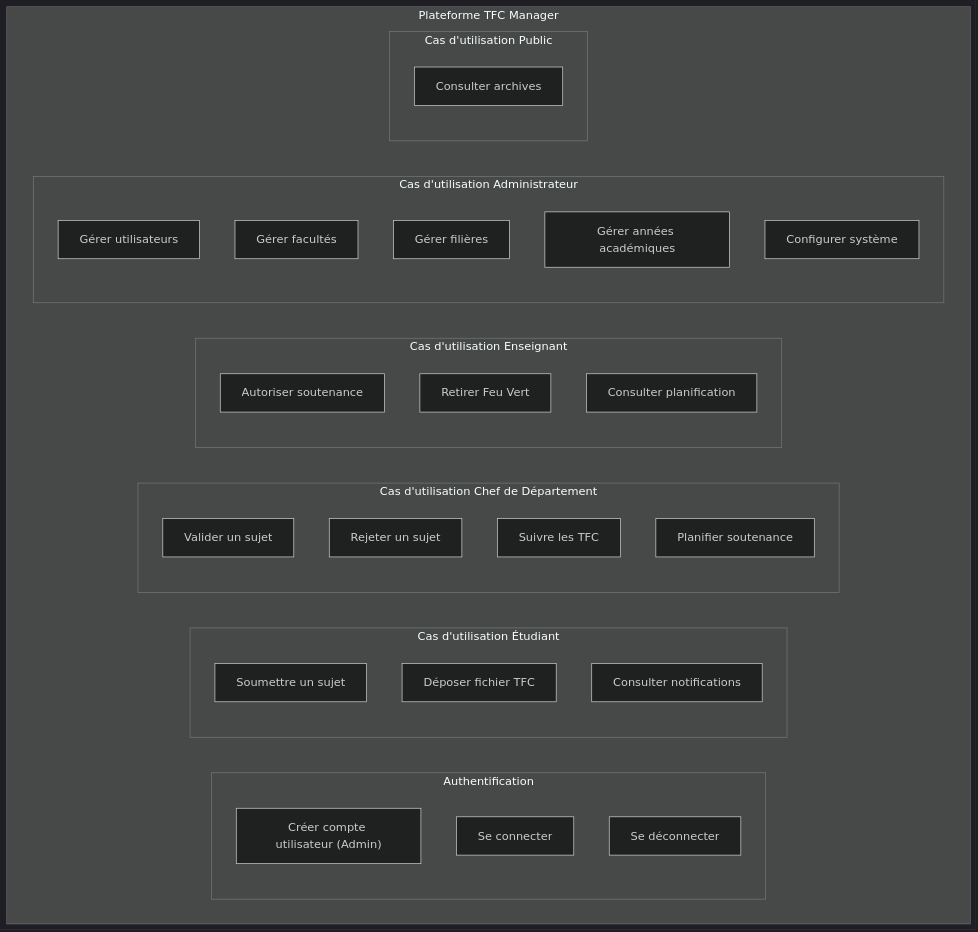
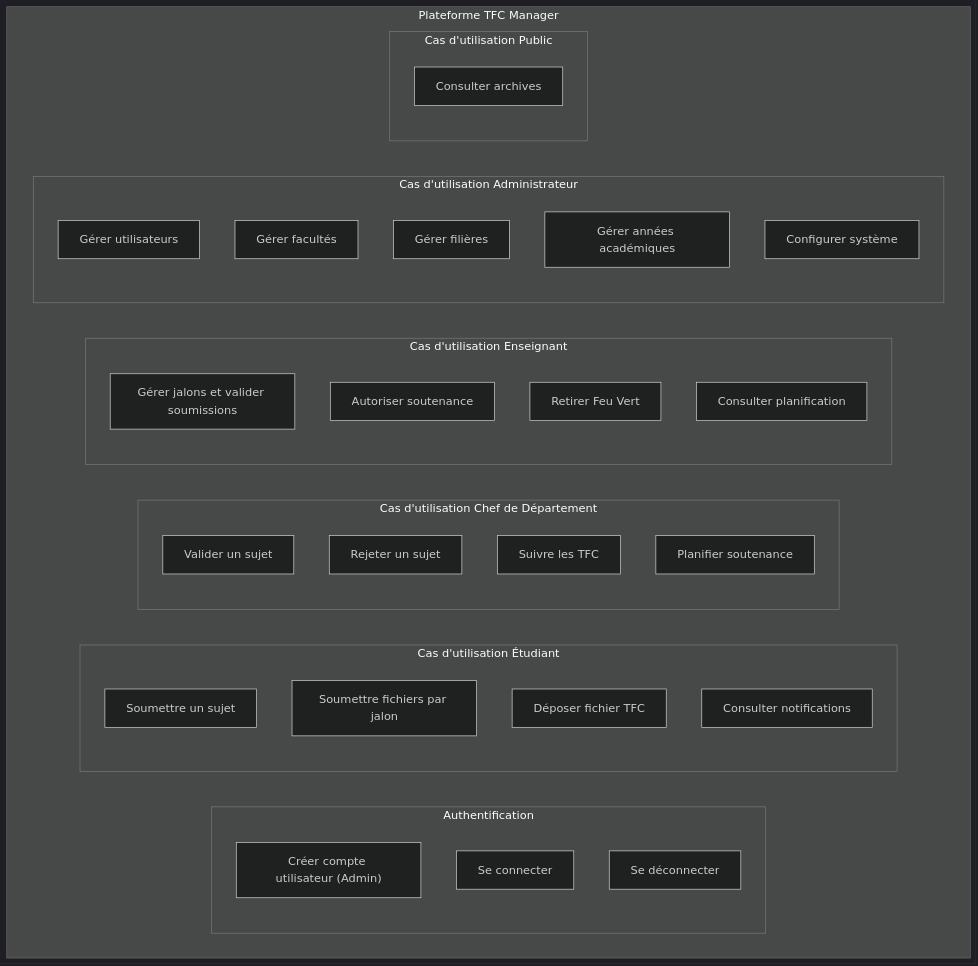
The second of 14 diagrams in DIAGRAMMES-DESCRIPTIONS.md (DavidMwangaza/TFC-Manager), drawn with Mermaid (dark theme) before and after one commit. The commit also changed other lines of this file and 42 other files, not shown here.

````diff
--- a/DIAGRAMMES-DESCRIPTIONS.md
+++ b/DIAGRAMMES-DESCRIPTIONS.md
@@ -125,41 +129,43 @@
 ```mermaid
 graph TB
     subgraph Systeme["Plateforme TFC Manager"]
         subgraph Authentification["Authentification"]
             CU01["Créer compte utilisateur (Admin)"]
             CU02["Se connecter"]
             CU02bis["Se déconnecter"]
         end
         
         subgraph Etudiant_CU["Cas d'utilisation Étudiant"]
             CU03["Soumettre un sujet"]
+            CU_Jalon_E["Soumettre fichiers par jalon"]
             CU06["Déposer fichier TFC"]
             CU_Consult1["Consulter notifications"]
         end
         
         subgraph ChefDept_CU["Cas d'utilisation Chef de Département"]
             CU04["Valider un sujet"]
             CU05["Rejeter un sujet"]
             CU_ChefSuiv["Suivre les TFC"]
             CU13["Planifier soutenance"]
         end
         
         subgraph Enseignant_CU["Cas d'utilisation Enseignant"]
+            CU_Jalon_T["Gérer jalons et valider soumissions"]
             CU07["Autoriser soutenance"]
             CU14["Retirer Feu Vert"]
             CU_EnseignInfo["Consulter planification"]
         end
         
         subgraph Admin_CU["Cas d'utilisation Administrateur"]
             CU09["Gérer utilisateurs"]
             CU10["Gérer facultés"]
             CU11["Gérer filières"]
             CU12["Gérer années académiques"]
             CU_AdminConfig["Configurer système"]
         end
         
         subgraph Public_CU["Cas d'utilisation Public"]
             CU08["Consulter archives"]
         end
     end
 ```
````
